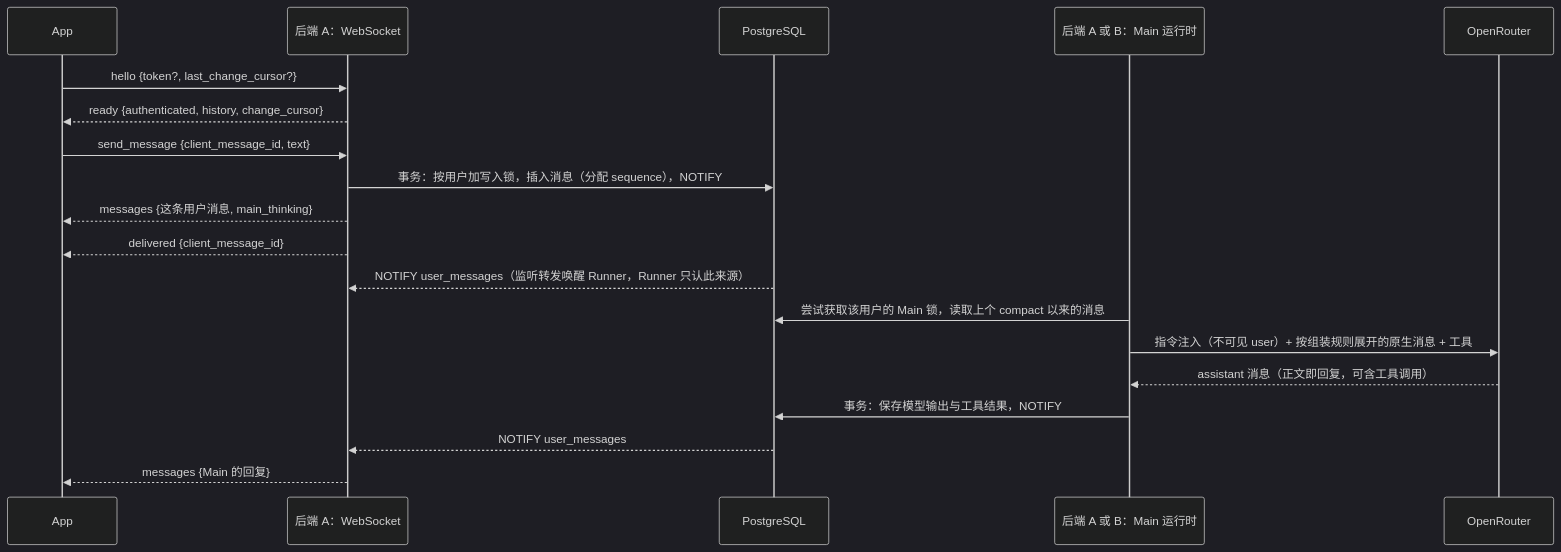
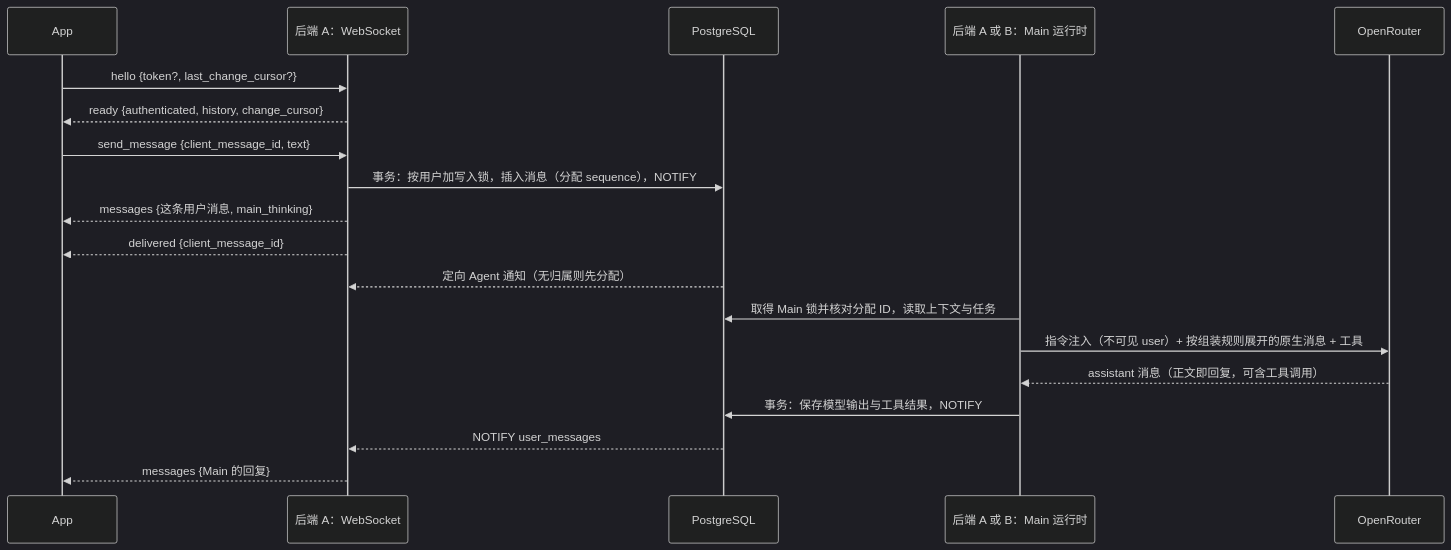
One commit to OmniNetOpensource/aether-personal changed the diagram in docs/wiki/04-messaging.md. Above: the diagram before and after it, drawn with Mermaid (dark theme). The commit also changed other lines of this file and 13 other files, not shown here.

````diff
--- a/docs/wiki/04-messaging.md
+++ b/docs/wiki/04-messaging.md
@@ -34,22 +33,22 @@
 ```mermaid
 sequenceDiagram
     participant App
     participant WS as 后端 A：WebSocket
     participant DB as PostgreSQL
     participant Runner as 后端 A 或 B：Main 运行时
     participant Model as OpenRouter
 
     App->>WS: hello {token?, last_change_cursor?}
     WS-->>App: ready {authenticated, history, change_cursor}
     App->>WS: send_message {client_message_id, text}
     WS->>DB: 事务：按用户加写入锁，插入消息（分配 sequence），NOTIFY
     WS-->>App: messages {这条用户消息, main_thinking}
     WS-->>App: delivered {client_message_id}
-    DB-->>WS: NOTIFY user_messages（监听转发唤醒 Runner，Runner 只认此来源）
-    Runner->>DB: 尝试获取该用户的 Main 锁，读取上个 compact 以来的消息
+    DB-->>WS: 定向 Agent 通知（无归属则先分配）
+    Runner->>DB: 取得 Main 锁并核对分配 ID，读取上下文与任务
     Runner->>Model: 指令注入（不可见 user）+ 按组装规则展开的原生消息 + 工具
     Model-->>Runner: assistant 消息（正文即回复，可含工具调用）
     Runner->>DB: 事务：保存模型输出与工具结果，NOTIFY
     DB-->>WS: NOTIFY user_messages
     WS-->>App: messages {Main 的回复}
 ```
````
